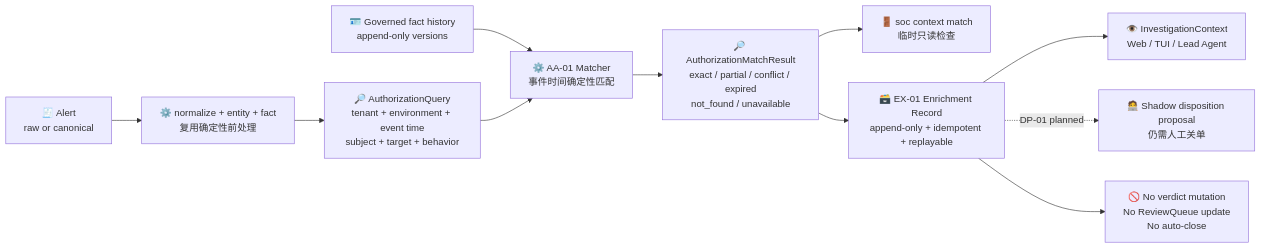
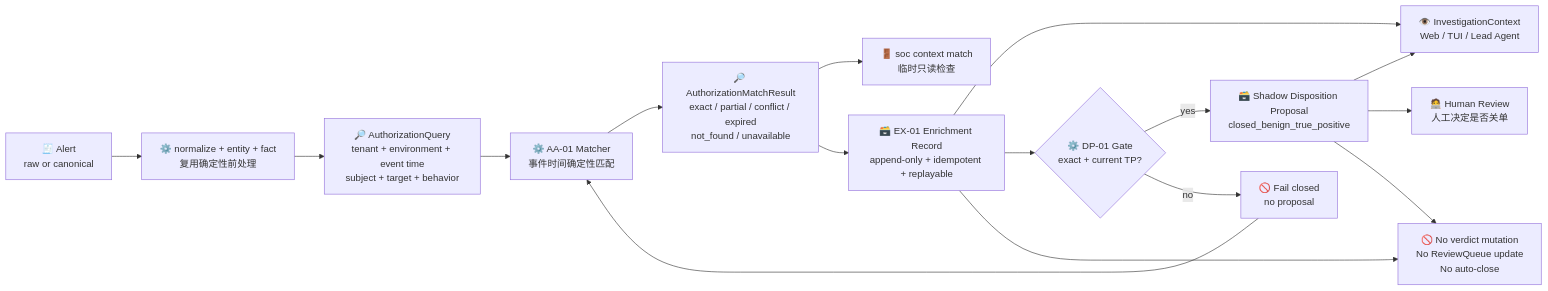
Before and after one commit to yydspanda/deer-flow: the second of 18 diagrams in .notes/ai_soc/alert-lifecycle-flow.md, drawn with Mermaid. The commit also changed other lines of this file and 28 other files, not shown here.

Commit message:
feat(soc): add shadow disposition proposals

````diff
--- a/.notes/ai_soc/alert-lifecycle-flow.md
+++ b/.notes/ai_soc/alert-lifecycle-flow.md
@@ -92,13 +101,18 @@
 ```mermaid
 flowchart LR
     A["🧾 Alert<br/>raw or canonical"] --> N["⚙️ normalize + entity + fact<br/>复用确定性前处理"]
     N --> Q["🔎 AuthorizationQuery<br/>tenant + environment + event time<br/>subject + target + behavior"]
     F["🪪 Governed fact history<br/>append-only versions"] --> M["⚙️ AA-01 Matcher<br/>事件时间确定性匹配"]
     Q --> M
     M --> R["🔎 AuthorizationMatchResult<br/>exact / partial / conflict / expired<br/>not_found / unavailable"]
     R --> C["🚪 soc context match<br/>临时只读检查"]
     R --> P["🗃️ EX-01 Enrichment Record<br/>append-only + idempotent + replayable"]
     P --> I["👁️ InvestigationContext<br/>Web / TUI / Lead Agent"]
-    P -. "DP-01 planned" .-> D["🧑‍💻 Shadow disposition proposal<br/>仍需人工关单"]
+    P --> G{"⚙️ DP-01 Gate<br/>exact + current TP?"}
+    G -->|"yes"| D["🗃️ Shadow Disposition Proposal<br/>closed_benign_true_positive"]
+    G -->|"no"| F["🚫 Fail closed<br/>no proposal"]
+    D --> I
+    D --> H["🧑‍💻 Human Review<br/>人工决定是否关单"]
     P --> X["🚫 No verdict mutation<br/>No ReviewQueue update<br/>No auto-close"]
+    D --> X
 ```
````
